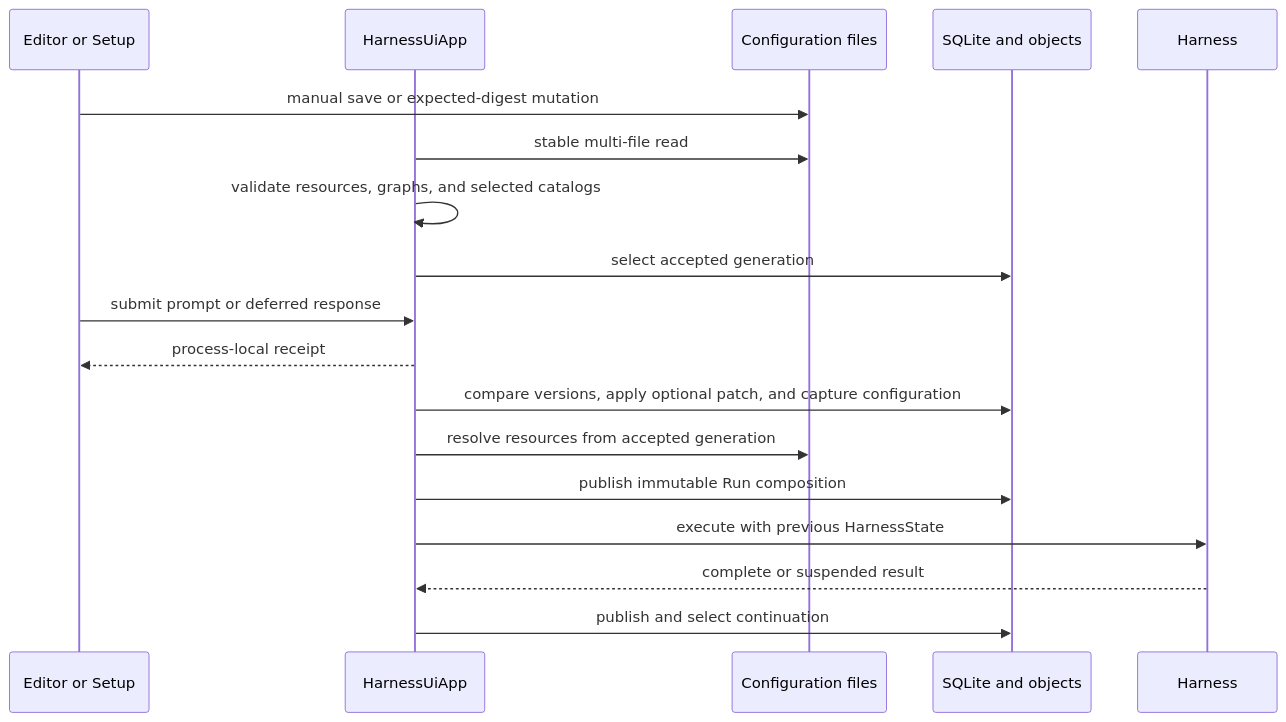
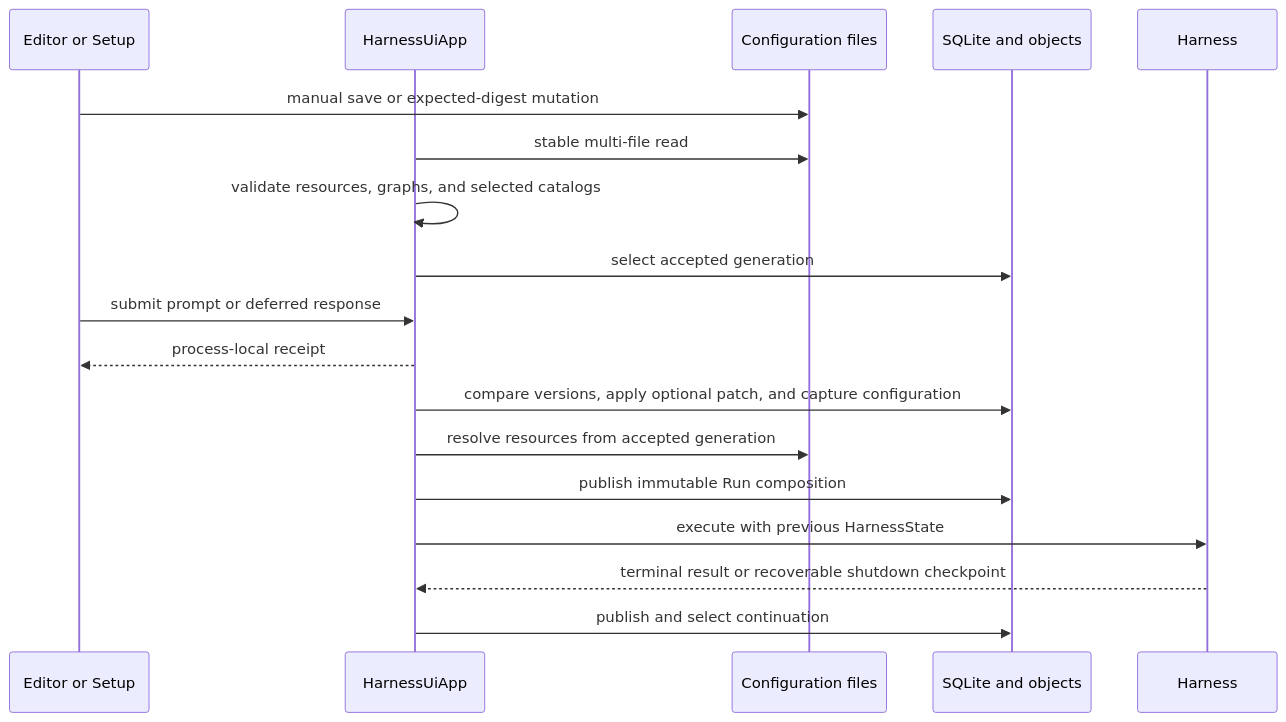
One commit to LTThreeComma/agent-foundation changed the second of 3 diagrams in spec/a13n-harness-ui/00-overview.md. Above: the diagram before and after it, drawn with Mermaid. The commit also changed 61 other files, not shown here.

First line of the commit message:
feat(harness-ui): improve model setup, recovery, and terminal presentation (#249)

````diff
--- a/spec/a13n-harness-ui/00-overview.md
+++ b/spec/a13n-harness-ui/00-overview.md
@@ -78,21 +78,21 @@
 ```mermaid
 sequenceDiagram
     participant Editor as Editor or Setup
     participant App as HarnessUiApp
     participant Files as Configuration files
     participant Store as SQLite and objects
     participant Harness
 
     Editor->>Files: manual save or expected-digest mutation
     App->>Files: stable multi-file read
     App->>App: validate resources, graphs, and selected catalogs
     App->>Store: select accepted generation
     Editor->>App: submit prompt or deferred response
     App-->>Editor: process-local receipt
     App->>Store: compare versions, apply optional patch, and capture configuration
     App->>Files: resolve resources from accepted generation
     App->>Store: publish immutable Run composition
     App->>Harness: execute with previous HarnessState
-    Harness-->>App: complete or suspended result
+    Harness-->>App: terminal result or recoverable shutdown checkpoint
     App->>Store: publish and select continuation
 ```
````
